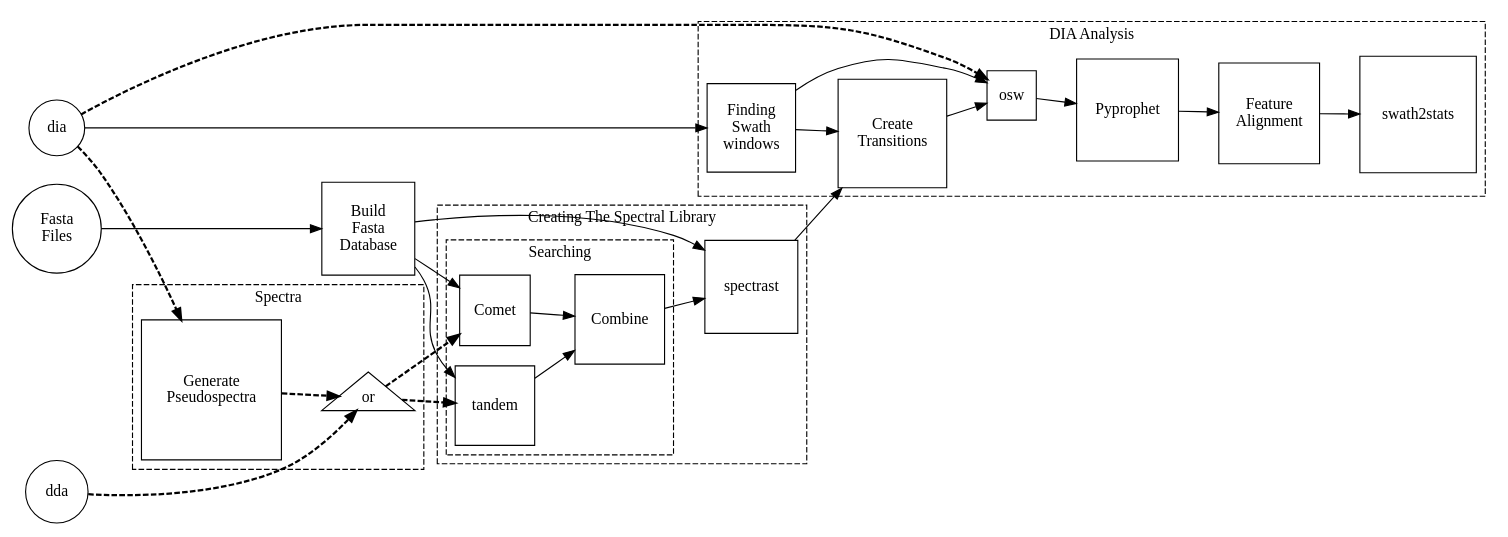
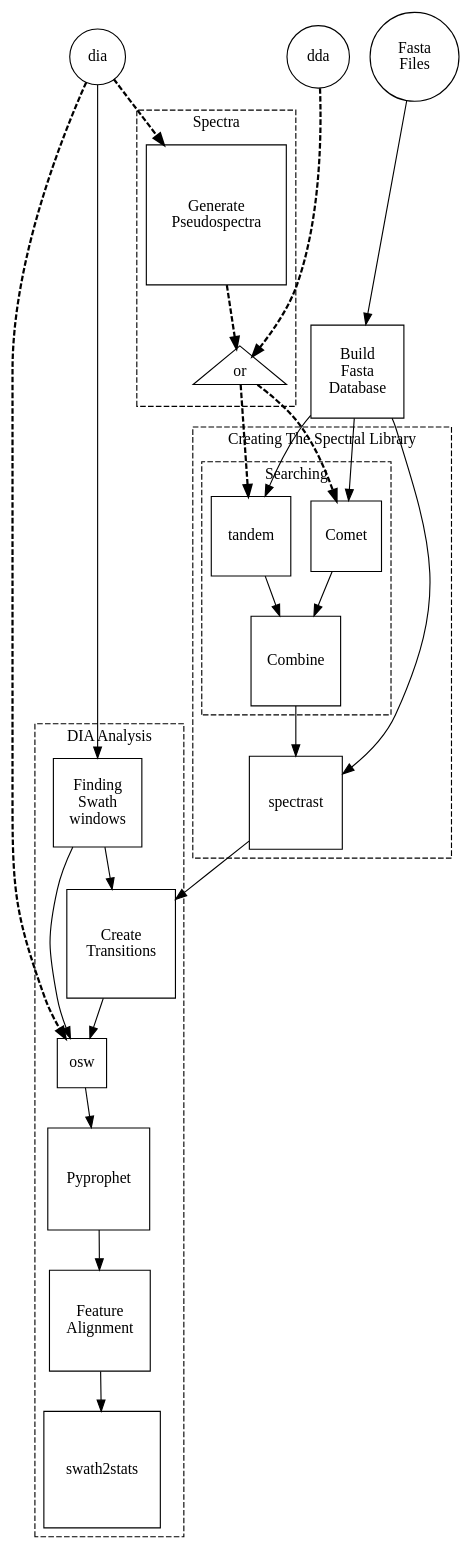
Before and after one commit to elolab/glaDIAtor-nf: the first of 3 diagrams in notes.org, drawn with Graphviz. The commit also changed other lines of this file, not shown here.

Commit message:
Try UD for dot diagram in notes.org
* notes.org (Overview of this pipeline):
  This works better in long reading

```diff
--- a/notes.org
+++ b/notes.org
@@ -51,7 +51,7 @@
 #+begin_src dot 
 digraph flow
 {
-  rankdir=LR
+  rankdir=UD
   compound=true
   subgraph processes
   {
```
